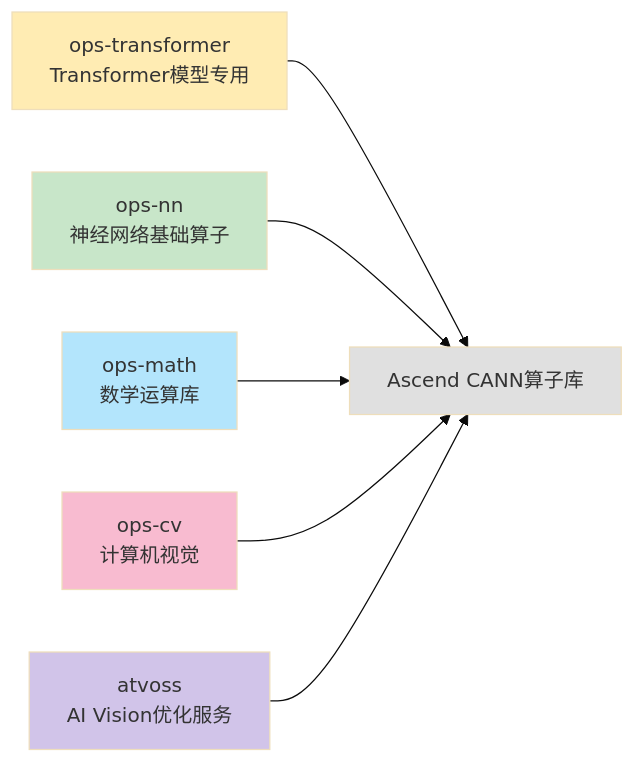
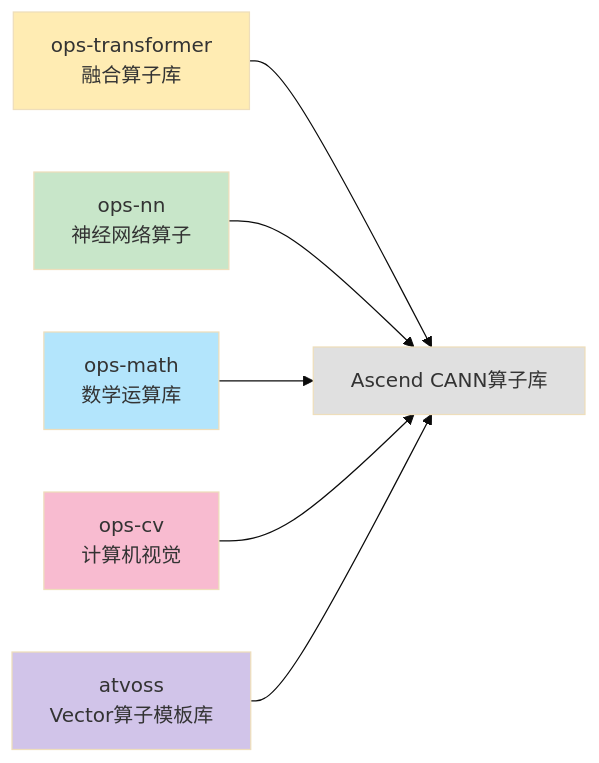
One commit to hu-qi/Ascend-CANN changed the second of 3 diagrams in src/content/docs/ch01/第01篇-昇腾CANN算子库全景概览.md. Above: the diagram before and after it, drawn with Mermaid (base theme). The commit also changed other lines of this file and 11 other files, not shown here.

First line of the commit message:
feat: 更新CANN文档并添加mermaid图表支持

````diff
--- a/src/content/docs/ch01/第01篇-昇腾CANN算子库全景概览.md
+++ b/src/content/docs/ch01/第01篇-昇腾CANN算子库全景概览.md
@@ -64,15 +175,15 @@
 ```mermaid
 graph LR
-    A[ops-transformer<br/>Transformer模型专用] --> E[Ascend CANN算子库]
-    B[ops-nn<br/>神经网络基础算子] --> E
+    A[ops-transformer<br/>融合算子库] --> E[Ascend CANN算子库]
+    B[ops-nn<br/>神经网络算子] --> E
     C[ops-math<br/>数学运算库] --> E
     D[ops-cv<br/>计算机视觉] --> E
-    F[atvoss<br/>AI Vision优化服务] --> E
+    F[atvoss<br/>Vector算子模板库] --> E
 
     style A fill:#ffecb3
     style B fill:#c8e6c9
     style C fill:#b3e5fc
     style D fill:#f8bbd0
     style F fill:#d1c4e9
     style E fill:#e0e0e0
 ```
````
